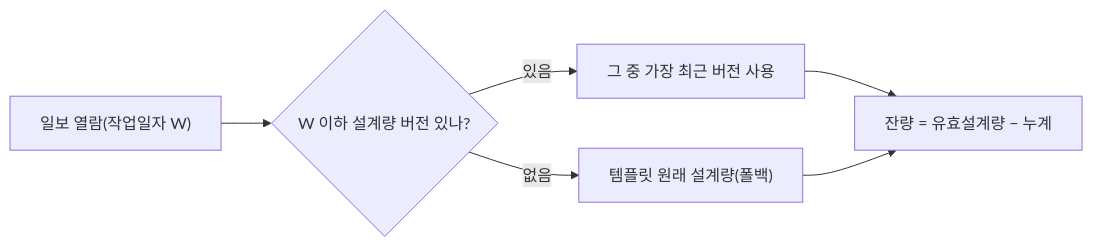
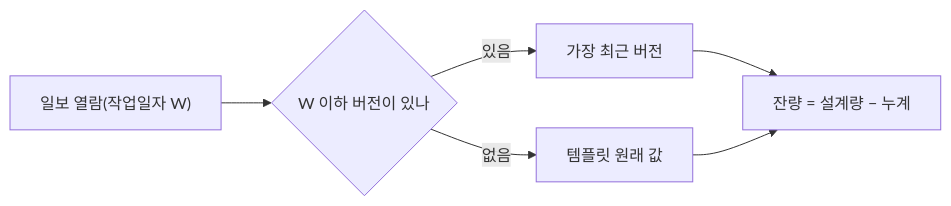
One commit to Seobway23/Seobway23.github.io changed the diagram in posts/work/analysis/cache-overlay-timing-rca.md. Above: the diagram before and after it, drawn with Mermaid. The commit also changed other lines of this file and 15 other files, not shown here.

````diff
--- a/posts/work/analysis/cache-overlay-timing-rca.md
+++ b/posts/work/analysis/cache-overlay-timing-rca.md
@@ -250,9 +52,9 @@
 ```mermaid
-%% desc: 일보를 열 때 서버가 '작업일자 이하 최신 설계량 버전'을 골라 유효값으로 잔량을 계산하는 흐름 (버전 없으면 템플릿 원값으로 폴백)
+%% desc: 일보를 열 때 서버가 작업일자 이하에서 가장 최근 설계량 버전을 골라 잔량을 계산한다. 버전이 없으면 템플릿 원래 값을 쓴다
 flowchart LR
-    A["일보 열람(작업일자 W)"] --> B{"W 이하 설계량 버전 있나?"}
-    B -- "있음" --> C["그 중 가장 최근 버전 사용"]
-    B -- "없음" --> D["템플릿 원래 설계량(폴백)"]
-    C --> E["잔량 = 유효설계량 − 누계"]
+    A["일보 열람(작업일자 W)"] --> B{"W 이하 버전이 있나"}
+    B -- "있음" --> C["가장 최근 버전"]
+    B -- "없음" --> D["템플릿 원래 값"]
+    C --> E["잔량 = 설계량 − 누계"]
     D --> E
 ```
````
